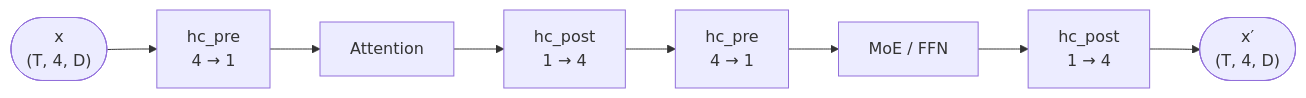
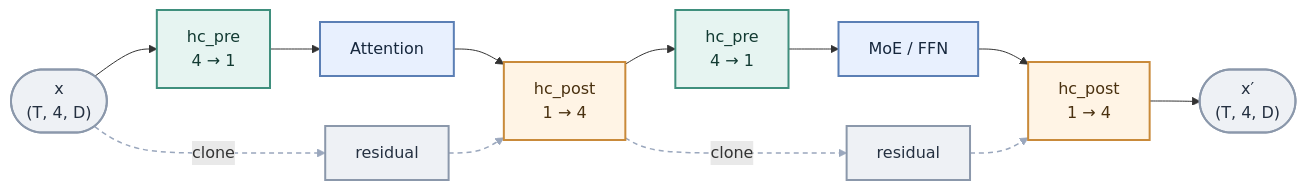
One commit to GoCHug/vllm-ascend changed the sixth of 8 diagrams in vllm_ascend/models/deepseek_v4/dsv4_docs/mhc.md. Above: the diagram before and after it, drawn with Mermaid. The commit also changed other lines of this file, not shown here.

````diff
--- a/vllm_ascend/models/deepseek_v4/dsv4_docs/mhc.md
+++ b/vllm_ascend/models/deepseek_v4/dsv4_docs/mhc.md
@@ -404,10 +474,23 @@
 ```mermaid
 flowchart LR
     X(["x<br/>(T, 4, D)"]) --> P1["hc_pre<br/>4 → 1"]
+    X -.->|"clone"| R1["residual"]
     P1 --> A["Attention"]
     A --> Q1["hc_post<br/>1 → 4"]
+    R1 -.-> Q1
     Q1 --> P2["hc_pre<br/>4 → 1"]
+    Q1 -.->|"clone"| R2["residual"]
     P2 --> M["MoE / FFN"]
     M --> Q2["hc_post<br/>1 → 4"]
+    R2 -.-> Q2
     Q2 --> O(["x′<br/>(T, 4, D)"])
+    linkStyle 1,4,6,9 stroke:#9aa7bd,stroke-width:1.5px,stroke-dasharray:5 4;
+    classDef stream fill:#eef1f5,stroke:#8b98ab,stroke-width:2px,color:#243040;
+    classDef op fill:#e8f0fe,stroke:#5b7fb5,stroke-width:2px,color:#16273d;
+    classDef pre fill:#e6f4f1,stroke:#3f8f7d,stroke-width:2px,color:#123a32;
+    classDef post fill:#fff4e5,stroke:#c98a3a,stroke-width:2px,color:#4a3110;
+    class X,O,R1,R2 stream;
+    class A,M op;
+    class P1,P2 pre;
+    class Q1,Q2 post;
 ```
````
